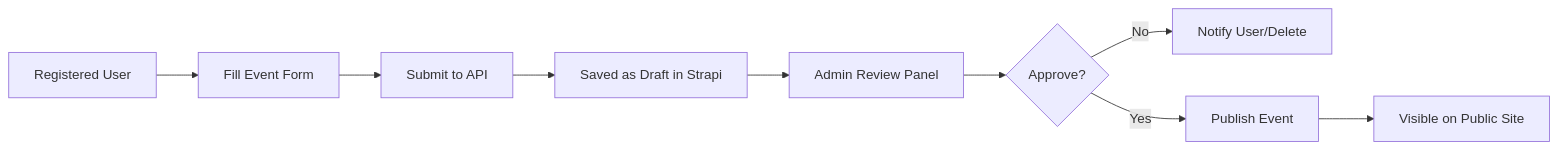
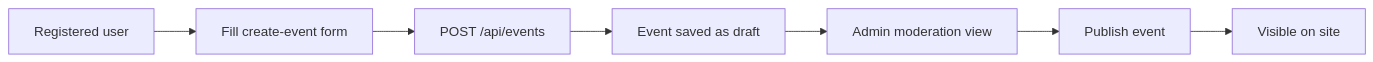
The second of 4 diagrams in project_flowcharts.md (kingpin147/event-discovery-and-comunity-enagagement-plateform), drawn with Mermaid before and after one commit. The commit also changed other lines of this file and 6 other files, not shown here.

Commit message:
Refactor project documentation for unified Next.js application; update README, implementation plan, project instructions, flowcharts, route guide, viva guide, and zero-to-hero guide to reflect current architecture and features.

````diff
--- a/project_flowcharts.md
+++ b/project_flowcharts.md
@@ -35,14 +21,9 @@
 ```mermaid
 graph LR
-    User[Registered User] --> Form[Fill Event Form]
-    Form --> Submit[Submit to API]
-    Submit --> Draft[Saved as Draft in Strapi]
-    
-    Draft --> AdminNotify[Admin Review Panel]
-    AdminNotify --> Review{Approve?}
-    
-    Review -- No --> Rejected[Notify User/Delete]
-    Review -- Yes --> Publish[Publish Event]
-    
-    Publish --> Frontend[Visible on Public Site]
+    User[Registered user] --> Form[Fill create-event form]
+    Form --> Submit[POST /api/events]
+    Submit --> Draft[Event saved as draft]
+    Draft --> Admin[Admin moderation view]
+    Admin --> Publish[Publish event]
+    Publish --> Public[Visible on site]
 ```
````
